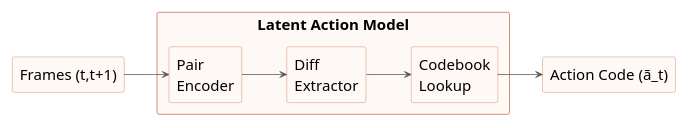
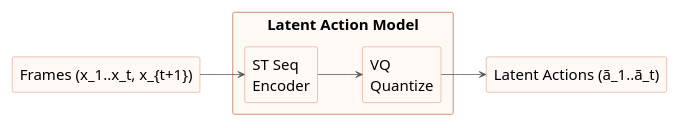
One commit to gracie007-cloud/genie3-survey changed the diagram in reading-notes/slides/figures/lam-io.puml. Above: the diagram before and after it, drawn with PlantUML. The commit also changed 2 other files, not shown here.

```diff
--- a/reading-notes/slides/figures/lam-io.puml
+++ b/reading-notes/slides/figures/lam-io.puml
@@ -1,22 +1,21 @@
 @startuml LAMIO
+skinparam svgLinkTarget _blank
 left to right direction
 skinparam backgroundColor #FFFFFF
 skinparam defaultFontSize 20
 skinparam rectangle {
 	BackgroundColor #FFF9F5
 	BorderColor #C46A44
 }
 skinparam arrowColor #555555
 scale 0.60
-rectangle "Frames (t,t+1)" as IN
-rectangle "Action Code (ã_t)" as OUT
+rectangle "Frames (x_1..x_t, x_{t+1})" as IN
+rectangle "Latent Actions (ã_1..ã_t)" as OUT
 rectangle "Latent Action Model" as LAM {
-	rectangle "Pair\nEncoder" as L1
-	rectangle "Diff\nExtractor" as L2
-	rectangle "Codebook\nLookup" as L3
+	rectangle "ST Seq\nEncoder" as L1
+	rectangle "VQ\nQuantize" as L2
 	L1 --> L2
-	L2 --> L3
 }
 IN --> L1
-L3 --> OUT
+L2 --> OUT
 @enduml
```
